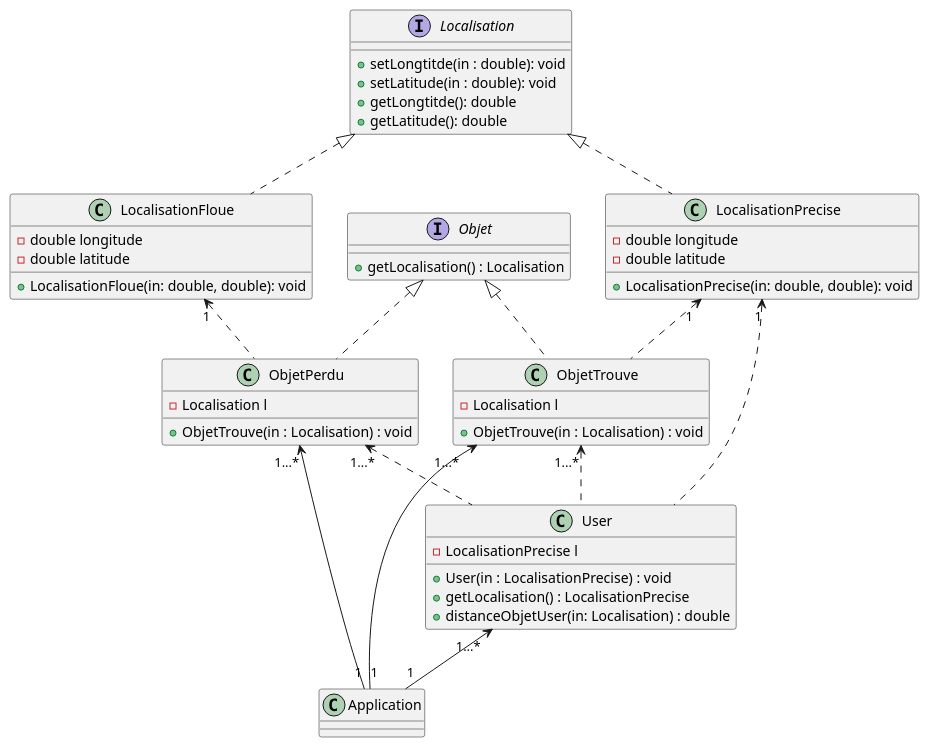
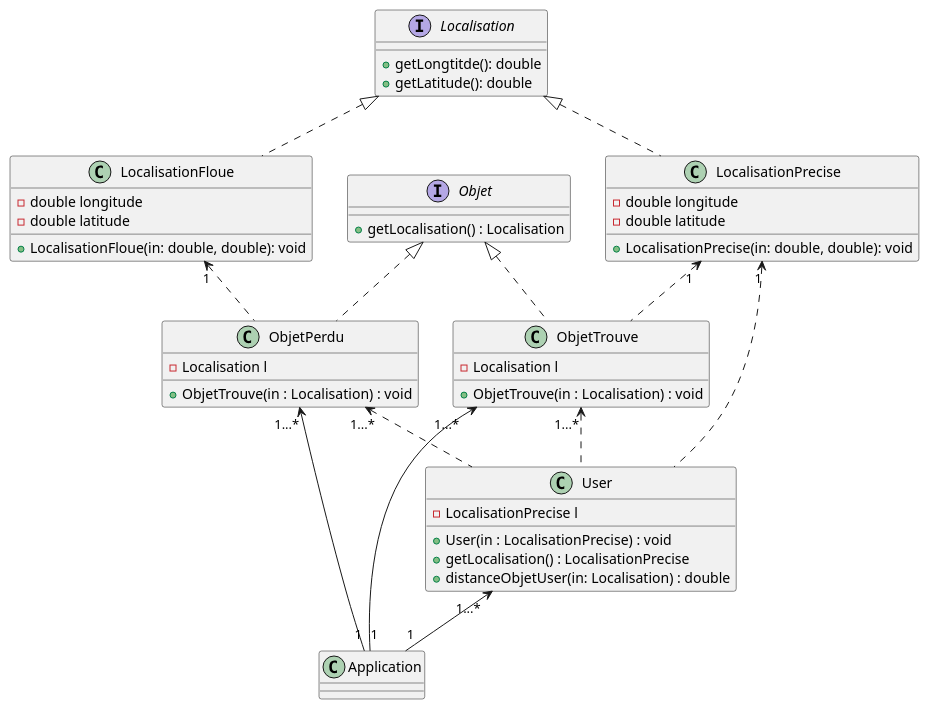
One commit to raphaelmeissonnier/Foundem_back_end changed the diagram in cahier_des_specifications/model.puml. Above: the diagram before and after it, drawn with PlantUML. The commit also changed 2 other files, not shown here.

```diff
--- a/cahier_des_specifications/model.puml
+++ b/cahier_des_specifications/model.puml
@@ -1,62 +1,60 @@
 @startuml
 'https://plantuml.com/class-diagram
 
 class Application
 interface Objet
 {
     +getLocalisation() : Localisation
 }
 class ObjetTrouve
 {
     -Localisation l
     +ObjetTrouve(in : Localisation) : void
 }
 class ObjetPerdu
 {
     -Localisation l
     +ObjetTrouve(in : Localisation) : void
 }
 interface Localisation
 {
-    +setLongtitde(in : double): void
-    +setLatitude(in : double): void
     +getLongtitde(): double
     +getLatitude(): double
 }
 class LocalisationPrecise
 {
     -double longitude
     -double latitude
     +LocalisationPrecise(in: double, double): void
 }
 class LocalisationFloue
 {
     -double longitude
     -double latitude
     +LocalisationFloue(in: double, double): void
 }
 
 class User
 {
     -LocalisationPrecise l
     +User(in : LocalisationPrecise) : void
     +getLocalisation() : LocalisationPrecise
     +distanceObjetUser(in: Localisation) : double
 }
 
 
 ObjetTrouve "1...*" <-- "1" Application
 ObjetPerdu "1...*" <-- "1" Application
 Objet <|.. ObjetPerdu
 Objet <|.. ObjetTrouve
 Localisation <|.. LocalisationPrecise
 Localisation <|.. LocalisationFloue
 LocalisationPrecise "1" <.. ObjetTrouve
 LocalisationFloue "1" <.. ObjetPerdu
 LocalisationPrecise "1" <.. User
 ObjetTrouve "1...*" <.. User
 ObjetPerdu "1...*" <.. User
 User "1...*" <-- "1" Application
 
 
 @enduml
```
